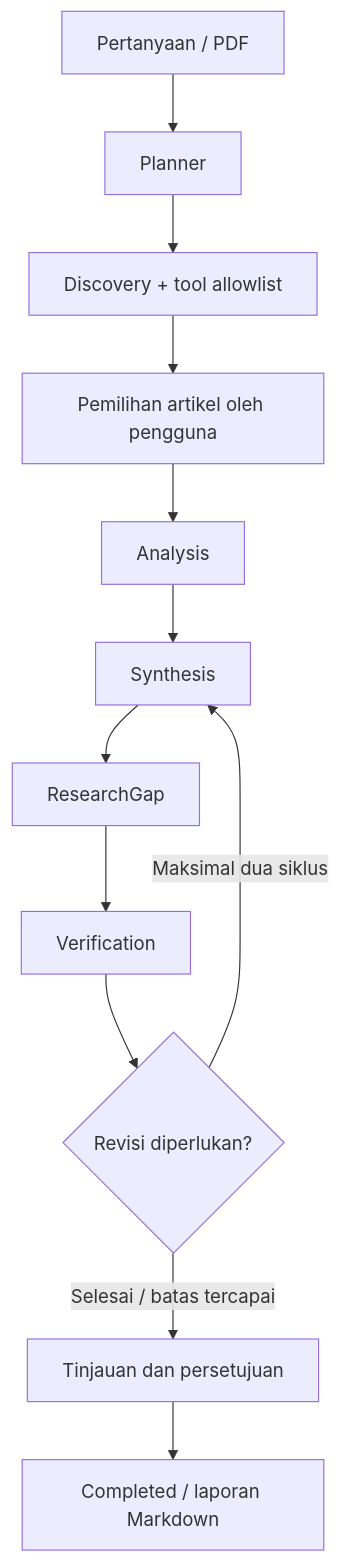
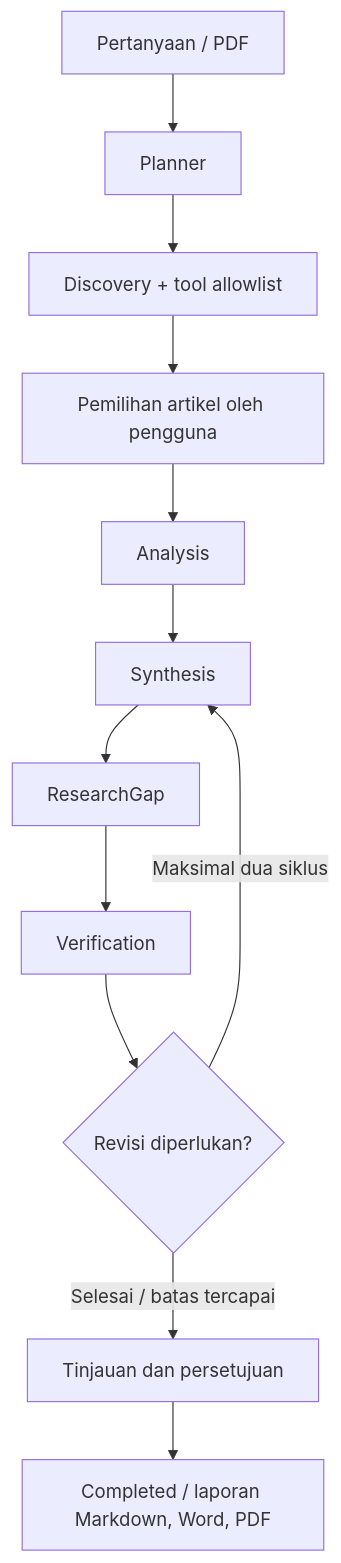
The second of 4 diagrams in README.md (Marcellohugo/Researchmate), drawn with Mermaid before and after one commit. The commit also changed other lines of this file and 34 other files, not shown here.

````diff
--- a/README.md
+++ b/README.md
@@ -122,14 +128,14 @@
 ```mermaid
 flowchart TD
     I[Pertanyaan / PDF] --> P[Planner]
     P --> D[Discovery + tool allowlist]
     D --> H[Pemilihan artikel oleh pengguna]
     H --> A[Analysis]
     A --> S[Synthesis]
     S --> G[ResearchGap]
     G --> V[Verification]
     V --> R{Revisi diperlukan?}
     R -->|Maksimal dua siklus| S
     R -->|Selesai / batas tercapai| U[Tinjauan dan persetujuan]
-    U --> E[Completed / laporan Markdown]
+    U --> E[Completed / laporan Markdown, Word, PDF]
 ```
````
